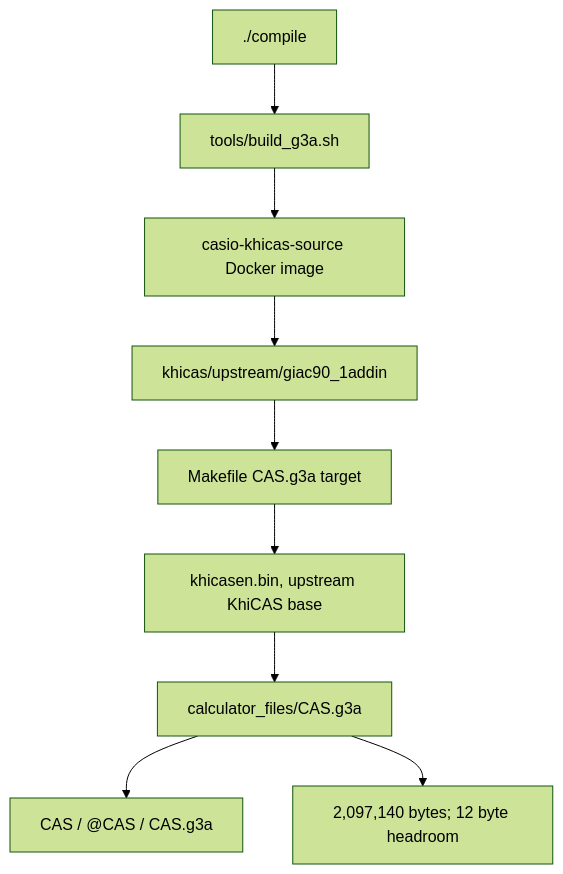
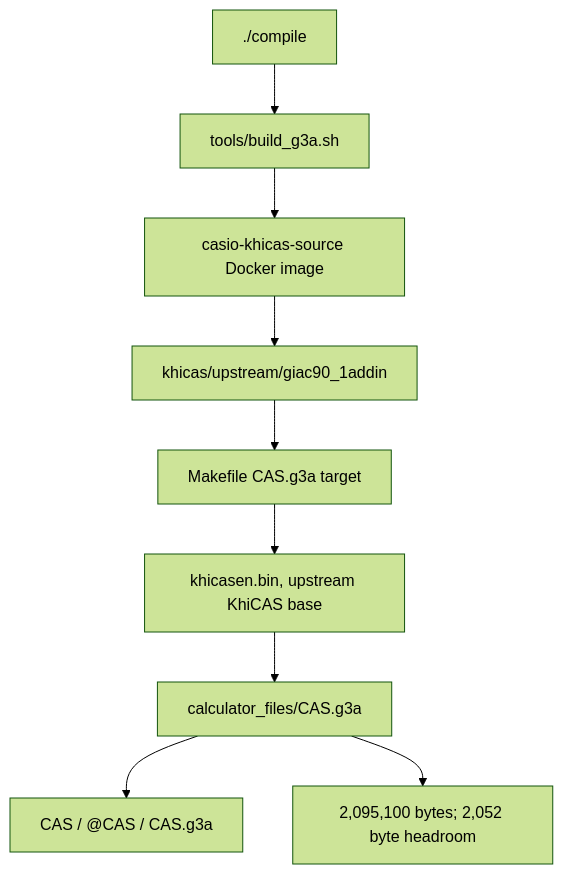
Before and after one commit to james8464/notes-addin-casio-fx-cg50: the first of 5 diagrams in docs/GRAPH.md, drawn with Mermaid (forest theme). The commit also changed other lines of this file and 7 other files, not shown here.

````diff
--- a/docs/GRAPH.md
+++ b/docs/GRAPH.md
@@ -7,11 +7,11 @@
 ```mermaid
 graph TD
   Compile["./compile"] --> Build["tools/build_g3a.sh"]
   Build --> Docker["casio-khicas-source Docker image"]
   Docker --> Src["khicas/upstream/giac90_1addin"]
   Src --> Make["Makefile CAS.g3a target"]
   Make --> Bin["khicasen.bin, upstream KhiCAS base"]
   Bin --> G3A["calculator_files/CAS.g3a"]
   G3A --> Meta["CAS / @CAS / CAS.g3a"]
-  G3A --> Size["2,097,140 bytes; 12 byte headroom"]
+  G3A --> Size["2,095,100 bytes; 2,052 byte headroom"]
 ```
````
